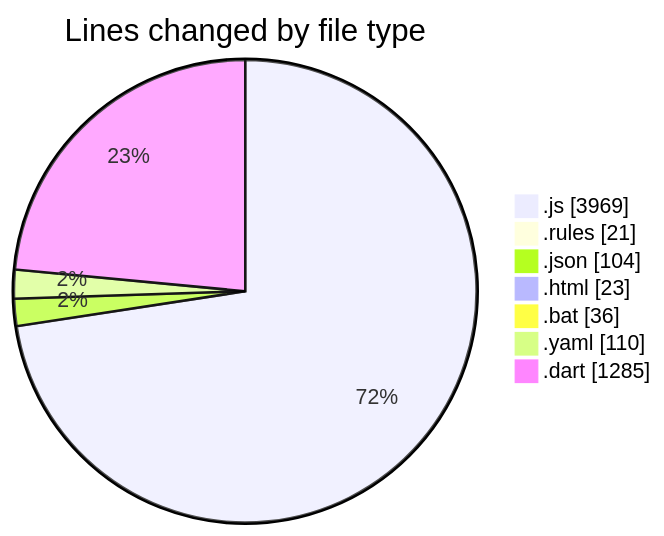
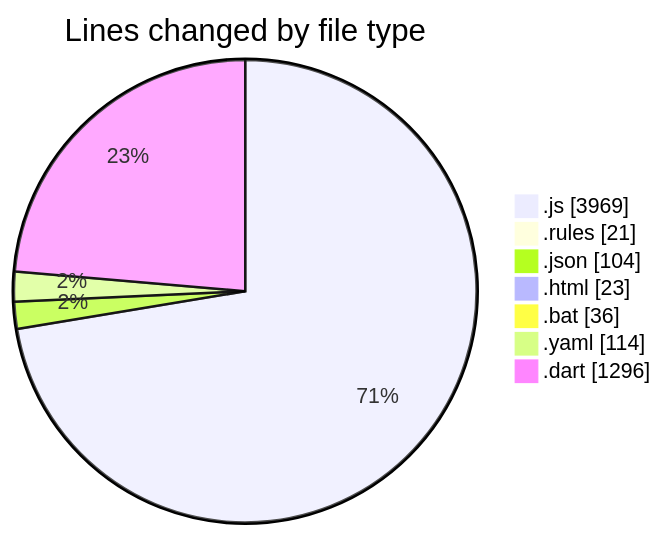
One commit to lephambinh05/code-tracking changed the first of 2 diagrams in 2025-09-01/20m/README.md. Above: the diagram before and after it, drawn with Mermaid. The commit also changed other lines of this file and 1 other file, not shown here.

````diff
--- a/2025-09-01/20m/README.md
+++ b/2025-09-01/20m/README.md
@@ -55,11 +55,11 @@
 ```mermaid
 pie showData
 title Lines changed by file type
 ".js" : 3969
 ".rules" : 21
 ".json" : 104
 ".html" : 23
 ".bat" : 36
-".yaml" : 110
-".dart" : 1285
+".yaml" : 114
+".dart" : 1296
 ```
````
